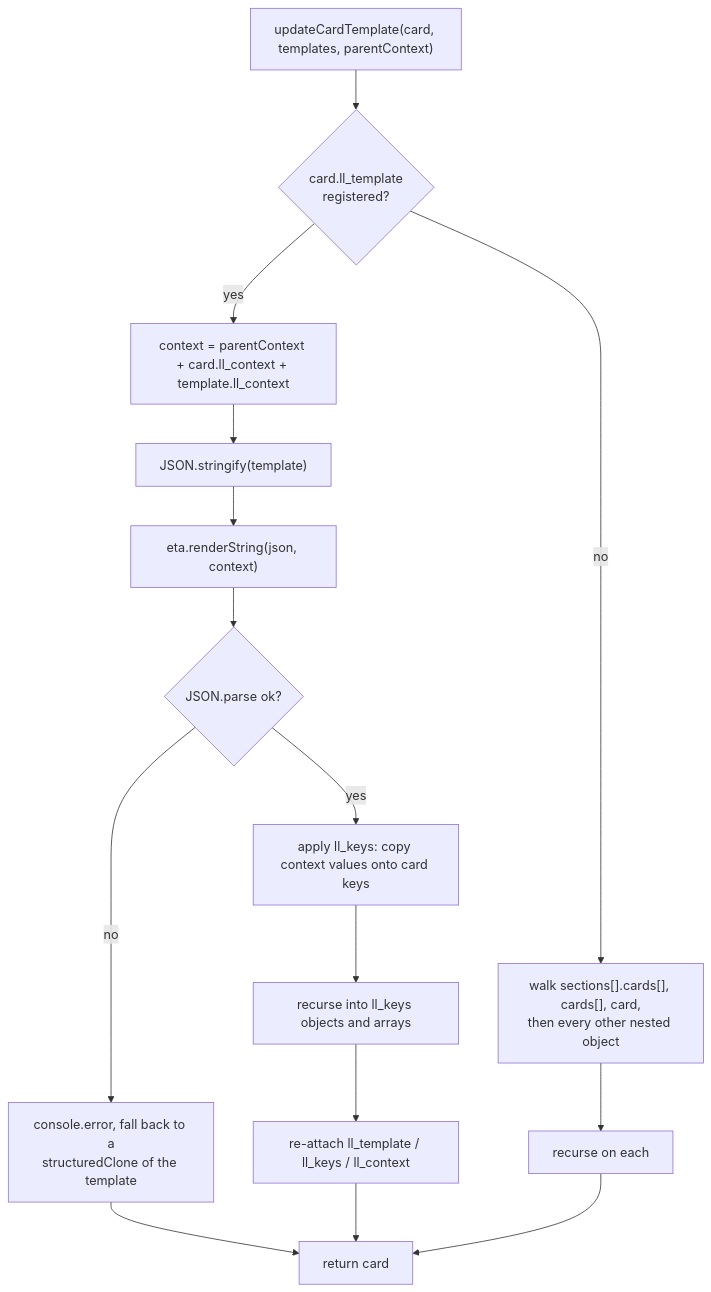
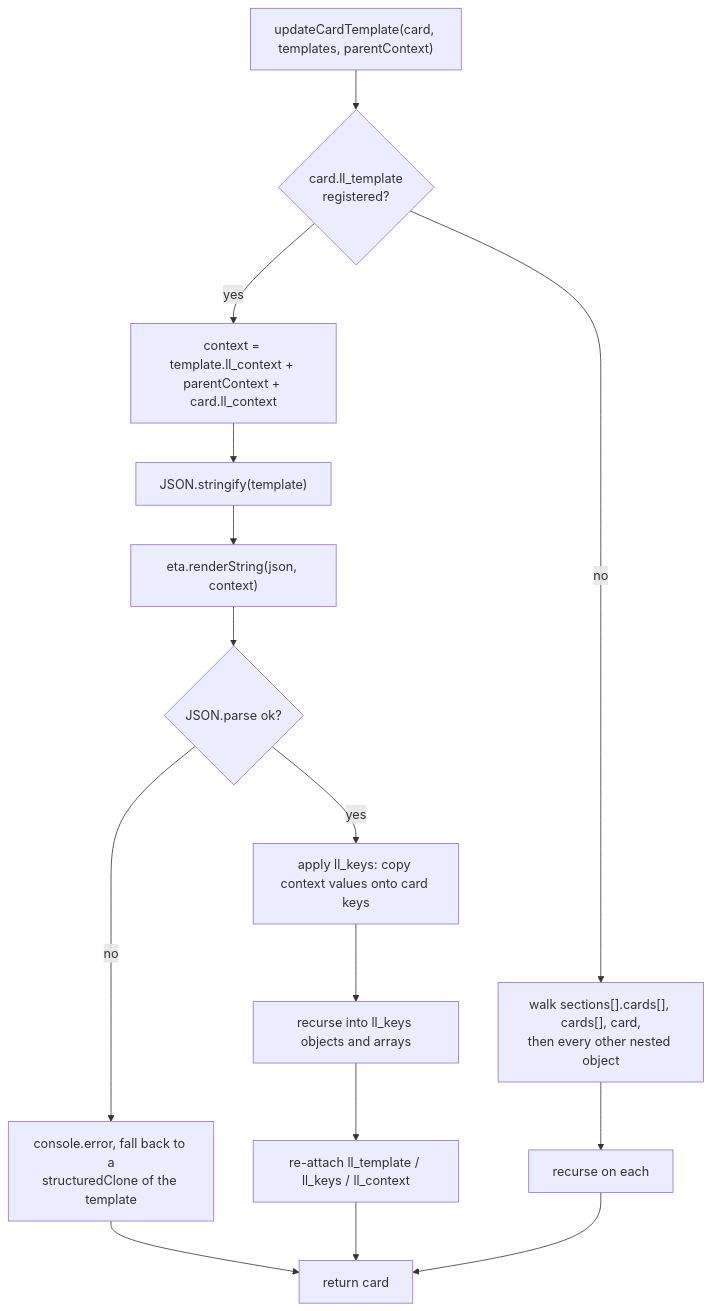
Before and after one commit to daredoes/linked-lovelace-ui: the diagram in .claude/skills/template-rendering/SKILL.md, drawn with Mermaid. The commit also changed other lines of this file and 41 other files, not shown here.

First line of the commit message:
feat: Retire the template card and warn about missing templates

````diff
--- a/.claude/skills/template-rendering/SKILL.md
+++ b/.claude/skills/template-rendering/SKILL.md
@@ -28,15 +28,15 @@
 ```mermaid
 flowchart TD
     A["updateCardTemplate(card, templates, parentContext)"] --> B{"card.ll_template<br/>registered?"}
-    B -- yes --> C["context = parentContext + card.ll_context + template.ll_context"]
+    B -- yes --> C["context = template.ll_context + parentContext + card.ll_context"]
     C --> D["JSON.stringify(template)"]
     D --> E["eta.renderString(json, context)"]
     E --> F{"JSON.parse ok?"}
     F -- no --> F2["console.error, fall back to a<br/>structuredClone of the template"]
     F -- yes --> G["apply ll_keys: copy context values onto card keys"]
     G --> H["recurse into ll_keys objects and arrays"]
     H --> I["re-attach ll_template / ll_keys / ll_context"]
     B -- no --> J["walk sections[].cards[], cards[], card,<br/>then every other nested object"]
     J --> K["recurse on each"]
     F2 & I & K --> L["return card"]
 ```
````
